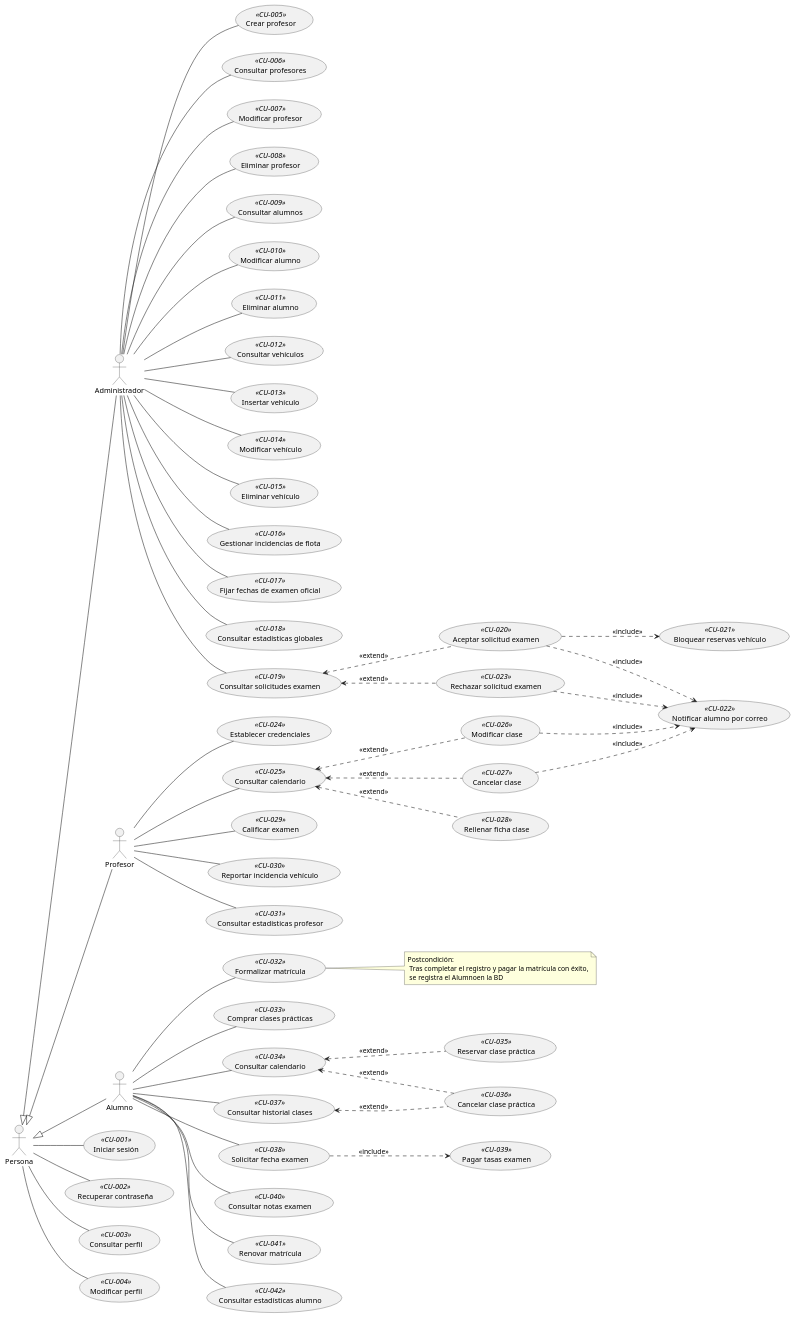
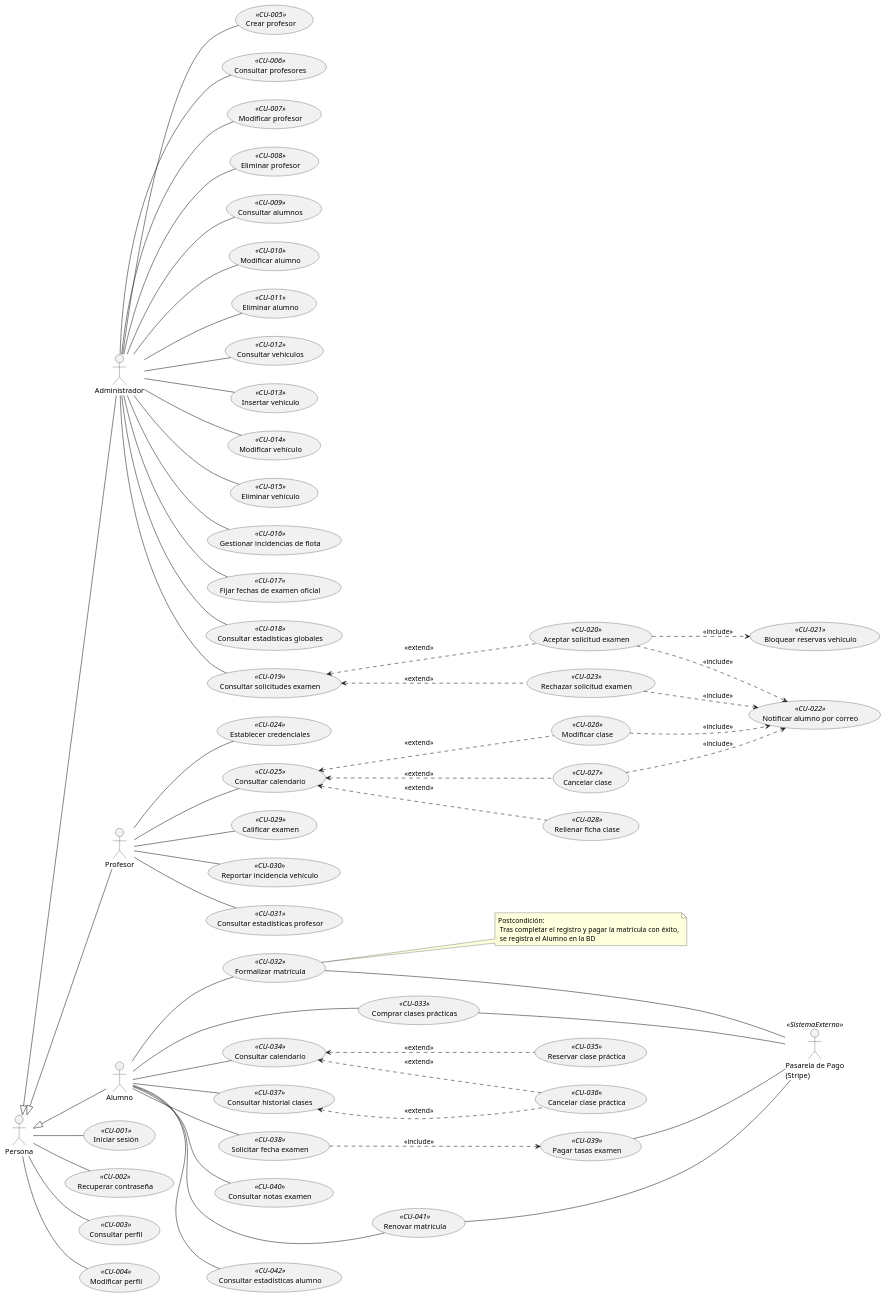
Before and after one commit to antonioabadpro/ManDS: the diagram in Diagramas/Diagrama_CU.puml, drawn with PlantUML. The commit also changed 1 other file, not shown here.

Commit message:
fix: Arreglar Diagrama CU (v10)
fixes:
- Añado la Pasarela de Pago como un Actor Secundario en el sistema

```diff
--- a/Diagramas/Diagrama_CU.puml
+++ b/Diagramas/Diagrama_CU.puml
@@ -1,142 +1,151 @@
-@startuml Diagrama_CU_v9
+@startuml Diagrama_CU_v10
 left to right direction
 skinparam packageStyle rectangle
 
 actor "Persona" as Persona
 actor "Administrador" as Admin
 actor "Profesor" as Prof
 actor "Alumno" as Alum
 
 ' Generalización de actores
 Persona <|-- Admin
 Persona <|-- Prof
 Persona <|-- Alum
 
 ' --- CASOS DE USO GENERALES ---
 usecase "Iniciar sesión" as iniciarSesion << CU-001 >>
 usecase "Recuperar contraseña" as recuperarPassword << CU-002 >>
 usecase "Consultar perfil" as consultarPerfil << CU-003 >>
 usecase "Modificar perfil" as modificarPerfil << CU-004 >>
 
 ' --- CASOS DE USO ADMINISTRADOR ---
 usecase "Crear profesor" as crearProfesor << CU-005 >>
 usecase "Consultar profesores" as consultarProfesores << CU-006 >>
 usecase "Modificar profesor" as modificarProfesor << CU-007 >>
 usecase "Eliminar profesor" as eliminarProfesor << CU-008 >>
 
 usecase "Consultar alumnos" as consultarAlumnos << CU-009 >>
 usecase "Modificar alumno" as modificarAlumno << CU-010 >>
 usecase "Eliminar alumno" as eliminarAlumno << CU-011 >>
 
 usecase "Consultar vehículos" as consultarVehiculos << CU-012 >>
 usecase "Insertar vehículo" as insertarVehiculo << CU-013 >>
 usecase "Modificar vehículo" as modificarVehiculo << CU-014 >>
 usecase "Eliminar vehículo" as eliminarVehiculo << CU-015 >>
 usecase "Gestionar incidencias de flota" as gestionarIncidencias << CU-016 >>
 
 usecase "Fijar fechas de examen oficial" as fijarFechasExamen << CU-017 >>
 usecase "Consultar estadísticas globales" as cEstadisticasAdmin << CU-018 >>
 
 usecase "Consultar solicitudes examen" as consultarSolicitudExamen << CU-019 >>
 usecase "Aceptar solicitud examen" as aceptarSolicitudExamen << CU-020 >>
 usecase "Bloquear reservas vehículo" as bloquearReservasVehiculo << CU-021 >>
 usecase "Notificar alumno por correo" as notificarAlumno << CU-022 >>
 usecase "Rechazar solicitud examen" as rechazarSolicitudExamen << CU-023 >>
 
 ' --- CASOS DE USO PROFESOR ---
 usecase "Establecer credenciales" as establecerCredenciales << CU-024 >>
 usecase "Consultar calendario" as consultarCalendarioProf << CU-025 >>
 usecase "Modificar clase" as modificarClase << CU-026 >>
 usecase "Cancelar clase" as cancelarClaseProf << CU-027 >>
 usecase "Rellenar ficha clase" as rellenarFichaClase << CU-028 >>
 usecase "Calificar examen" as calificarExamen << CU-029 >>
 usecase "Reportar incidencia vehículo" as reportarIncidencia << CU-030 >>
 usecase "Consultar estadísticas profesor" as cEstadisticasProf << CU-031 >>
 
 ' --- CASOS DE USO ALUMNO ---
 usecase "Formalizar matrícula" as formalizarMatricula << CU-032 >>
-note right of formalizarMatricula : Postcondición:\n Tras completar el registro y pagar la matrícula con éxito,\n se registra el Alumnoen la BD
+note right of formalizarMatricula : Postcondición:\n Tras completar el registro y pagar la matrícula con éxito,\n se registra el Alumno en la BD
 
 usecase "Comprar clases prácticas" as comprarClases << CU-033 >>
 usecase "Consultar calendario" as consultarCalendarioAlum << CU-034 >>
 usecase "Reservar clase práctica" as reservarClase << CU-035 >>
 usecase "Cancelar clase práctica" as cancelarClaseAlum << CU-036 >>
 usecase "Consultar historial clases" as consultarHistorial << CU-037 >>
 usecase "Solicitar fecha examen" as solicitarExamen << CU-038 >>
 usecase "Pagar tasas examen" as pagarTasas << CU-039 >>
 usecase "Consultar notas examen" as consultarNotas << CU-040 >>
 usecase "Renovar matrícula" as renovarMatricula << CU-041 >>
 usecase "Consultar estadísticas alumno" as cEstadisticasAlum << CU-042 >>
+
+' --- ACTOR SECUNDARIO (SISTEMA EXTERNO) ---
+actor "Pasarela de Pago\n(Stripe)" as PasarelaPago << SistemaExterno >>
 
 ' --- RELACIONES ACTOR -> CASO DE USO ---
 
 ' Persona y base
 Persona -- iniciarSesion
 Persona -- recuperarPassword
 Persona -- consultarPerfil
 Persona -- modificarPerfil
 
 ' Administrador
 Admin -- crearProfesor
 Admin -- modificarProfesor
 Admin -- eliminarProfesor
 Admin -- consultarProfesores
 
 Admin -- modificarAlumno
 Admin -- eliminarAlumno
 Admin -- consultarAlumnos
 
 Admin -- insertarVehiculo
 Admin -- modificarVehiculo
 Admin -- eliminarVehiculo
 Admin -- consultarVehiculos
 Admin -- gestionarIncidencias
 
 Admin -- cEstadisticasAdmin
 Admin -- fijarFechasExamen
 Admin -- consultarSolicitudExamen
 
 ' Profesor
 Prof -- establecerCredenciales
 Prof -- consultarCalendarioProf
 Prof -- calificarExamen
 Prof -- cEstadisticasProf
 Prof -- reportarIncidencia
 
 ' Alumno
 Alum -- consultarCalendarioAlum
 Alum -- formalizarMatricula
 Alum -- comprarClases
 Alum -- consultarHistorial
 Alum -- consultarNotas
 Alum -- cEstadisticasAlum
 Alum -- solicitarExamen
 Alum -- renovarMatricula
 
 ' --- RELACIONES EXTEND E INCLUDE ---
 
 ' Extends de Administrador (Gestión Solicitudes)
 consultarSolicitudExamen <.. aceptarSolicitudExamen : <<extend>>
 aceptarSolicitudExamen ..> notificarAlumno : <<include>>
 aceptarSolicitudExamen ..> bloquearReservasVehiculo : <<include>>
 consultarSolicitudExamen <.. rechazarSolicitudExamen : <<extend>>
 rechazarSolicitudExamen ..> notificarAlumno : <<include>>
 
 ' Extends de Profesor (Consultar Calendario)
 consultarCalendarioProf <.. modificarClase : <<extend>>
 consultarCalendarioProf <.. cancelarClaseProf : <<extend>>
 consultarCalendarioProf <.. rellenarFichaClase : <<extend>>
 
 ' Includes de Profesor (Automatizaciones y Obligaciones)
 modificarClase ..> notificarAlumno : <<include>>
 cancelarClaseProf ..> notificarAlumno : <<include>>
 
 ' Includes de Alumno
 solicitarExamen ..> pagarTasas : <<include>>
 
 ' Extends de Alumno
 consultarCalendarioAlum <.. reservarClase : <<extend>>
 consultarCalendarioAlum <.. cancelarClaseAlum : <<extend>>
 consultarHistorial <.. cancelarClaseAlum : <<extend>>
 
+' --- RELACIONES CON ACTORES SECUNDARIOS (A LA DERECHA) ---
+formalizarMatricula -- PasarelaPago
+comprarClases -- PasarelaPago
+pagarTasas -- PasarelaPago
+renovarMatricula -- PasarelaPago
+
 @enduml
```
